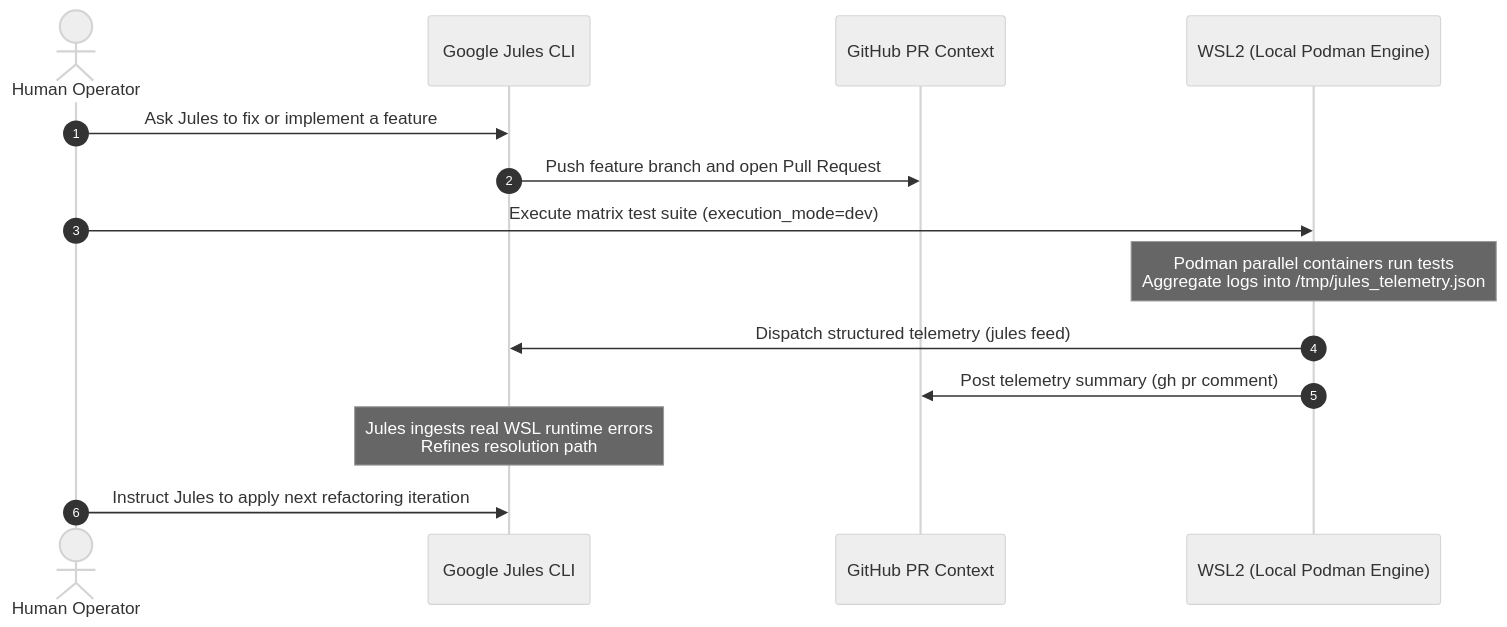
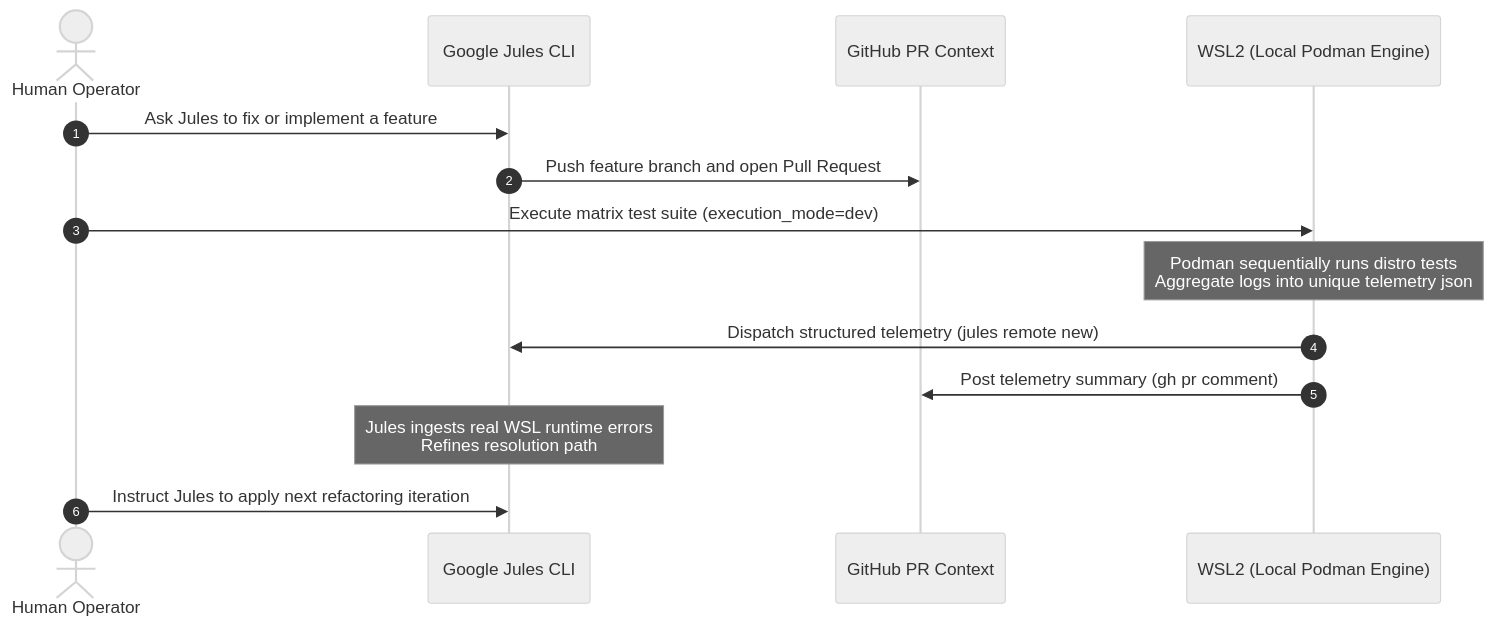
Before and after one commit to CMSForNerd/CmsForNerd: the diagram in docs/governance/SOP-TELEMETRY-FEEDBACK-PIPELINE.md, drawn with Mermaid (neutral theme). The commit also changed other lines of this file and 8 other files, not shown here.

````diff
--- a/docs/governance/SOP-TELEMETRY-FEEDBACK-PIPELINE.md
+++ b/docs/governance/SOP-TELEMETRY-FEEDBACK-PIPELINE.md
@@ -96,17 +120,17 @@
 ```mermaid
 sequenceDiagram
     autonumber
     actor Human as Human Operator
     participant Jules as Google Jules CLI
     participant GH as GitHub PR Context
     participant WSL as WSL2 (Local Podman Engine)
 
     Human->>Jules: Ask Jules to fix or implement a feature
     Jules->>GH: Push feature branch and open Pull Request
     Human->>WSL: Execute matrix test suite (execution_mode=dev)
-    Note over WSL: Podman parallel containers run tests<br/>Aggregate logs into /tmp/jules_telemetry.json
-    WSL->>Jules: Dispatch structured telemetry (jules feed)
+    Note over WSL: Podman sequentially runs distro tests<br/>Aggregate logs into unique telemetry json
+    WSL->>Jules: Dispatch structured telemetry (jules remote new)
     WSL->>GH: Post telemetry summary (gh pr comment)
     Note over Jules: Jules ingests real WSL runtime errors<br/>Refines resolution path
     Human->>Jules: Instruct Jules to apply next refactoring iteration
 ```
````
